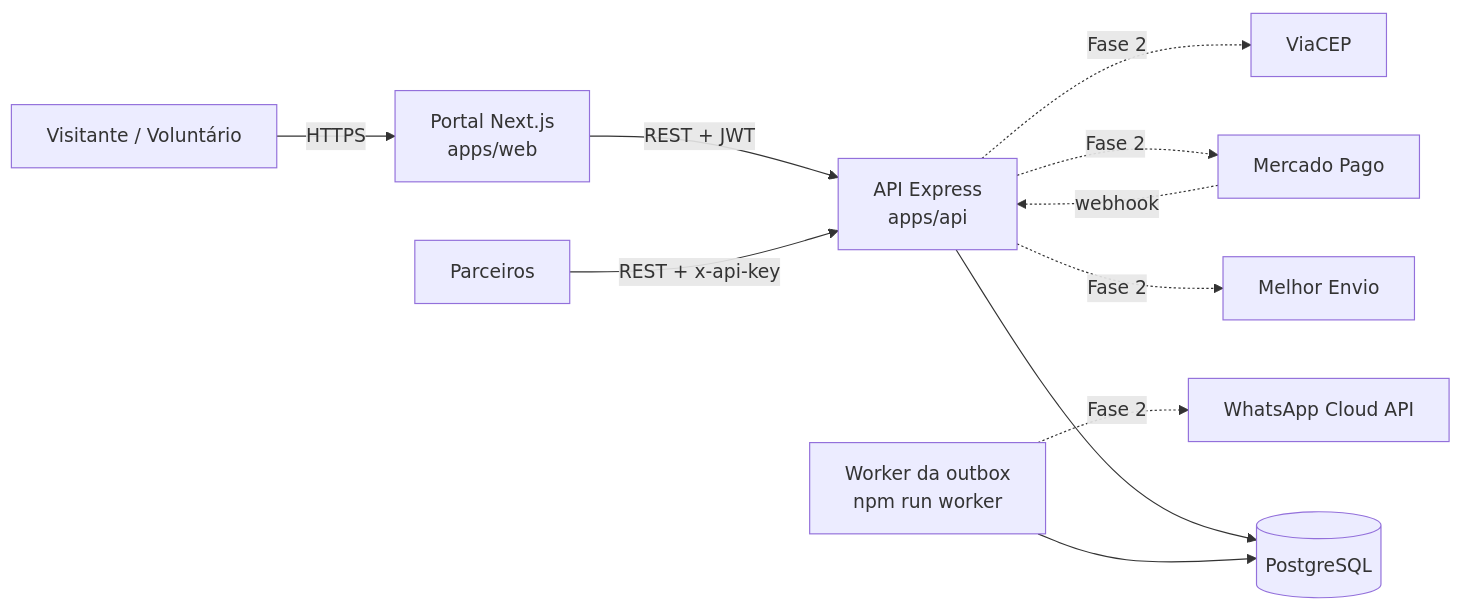
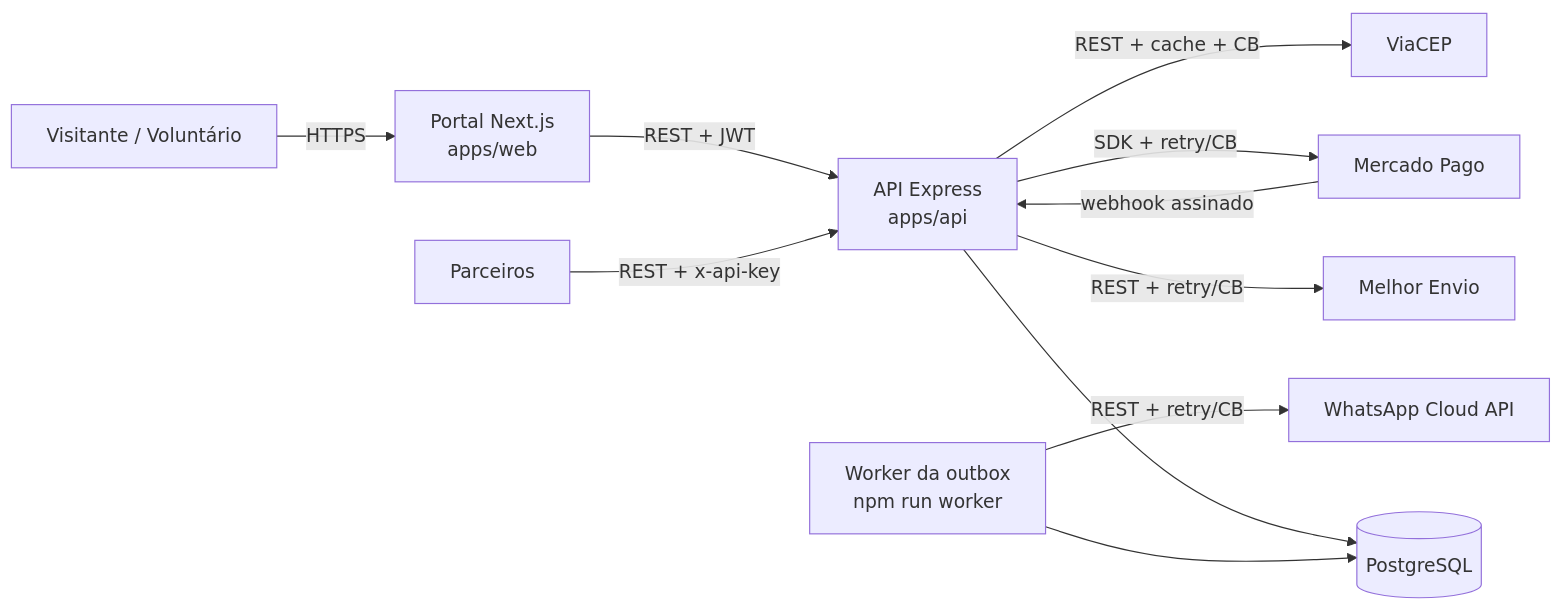
One commit to EdmundoCabral7/bazar-solidario changed the diagram in docs/arquitetura.md. Above: the diagram before and after it, drawn with Mermaid. The commit also changed other lines of this file and 5 other files, not shown here.

Commit message:
docs: adiciona guias de integrações e da API pública; conclui fase 2

````diff
--- a/docs/arquitetura.md
+++ b/docs/arquitetura.md
@@ -5,13 +5,13 @@
 ```mermaid
 flowchart LR
   U[Visitante / Voluntário] -->|HTTPS| WEB[Portal Next.js<br/>apps/web]
   WEB -->|REST + JWT| API[API Express<br/>apps/api]
   P[Parceiros] -->|REST + x-api-key| API
   API --> DB[(PostgreSQL)]
   W[Worker da outbox<br/>npm run worker] --> DB
-  API -. Fase 2 .-> MP[Mercado Pago]
-  API -. Fase 2 .-> ME[Melhor Envio]
-  API -. Fase 2 .-> VC[ViaCEP]
-  W -. Fase 2 .-> WA[WhatsApp Cloud API]
-  MP -. webhook .-> API
+  API -->|SDK + retry/CB| MP[Mercado Pago]
+  API -->|REST + retry/CB| ME[Melhor Envio]
+  API -->|REST + cache + CB| VC[ViaCEP]
+  W -->|REST + retry/CB| WA[WhatsApp Cloud API]
+  MP -->|webhook assinado| API
 ```
````
